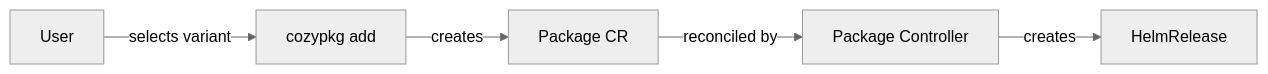
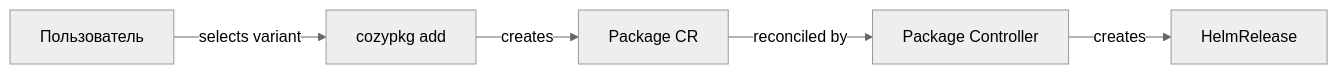
One commit to katamarina-ru/cozystack-website changed the ninth of 9 diagrams in content/en/docs/v1.3/guides/concepts.md. Above: the diagram before and after it, drawn with Mermaid (neutral theme). The commit also changed other lines of this file and 55 other files, not shown here.

````diff
--- a/content/en/docs/v1.3/guides/concepts.md
+++ b/content/en/docs/v1.3/guides/concepts.md
@@ -365,13 +365,13 @@
 ```mermaid
 flowchart LR
-    USER["User"]
+    USER["Пользователь"]
     CLI["cozypkg add"]
     PKG["Package CR"]
     CTRL["Package Controller"]
     HR["HelmRelease"]
 
     USER -->|"selects variant"| CLI
     CLI -->|"creates"| PKG
     PKG -->|"reconciled by"| CTRL
     CTRL -->|"creates"| HR
 ```
````
